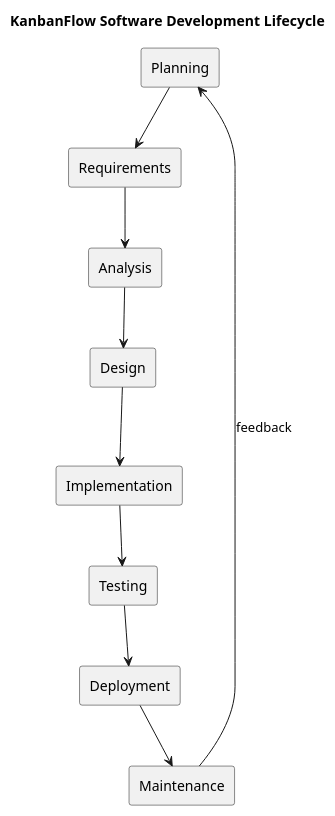
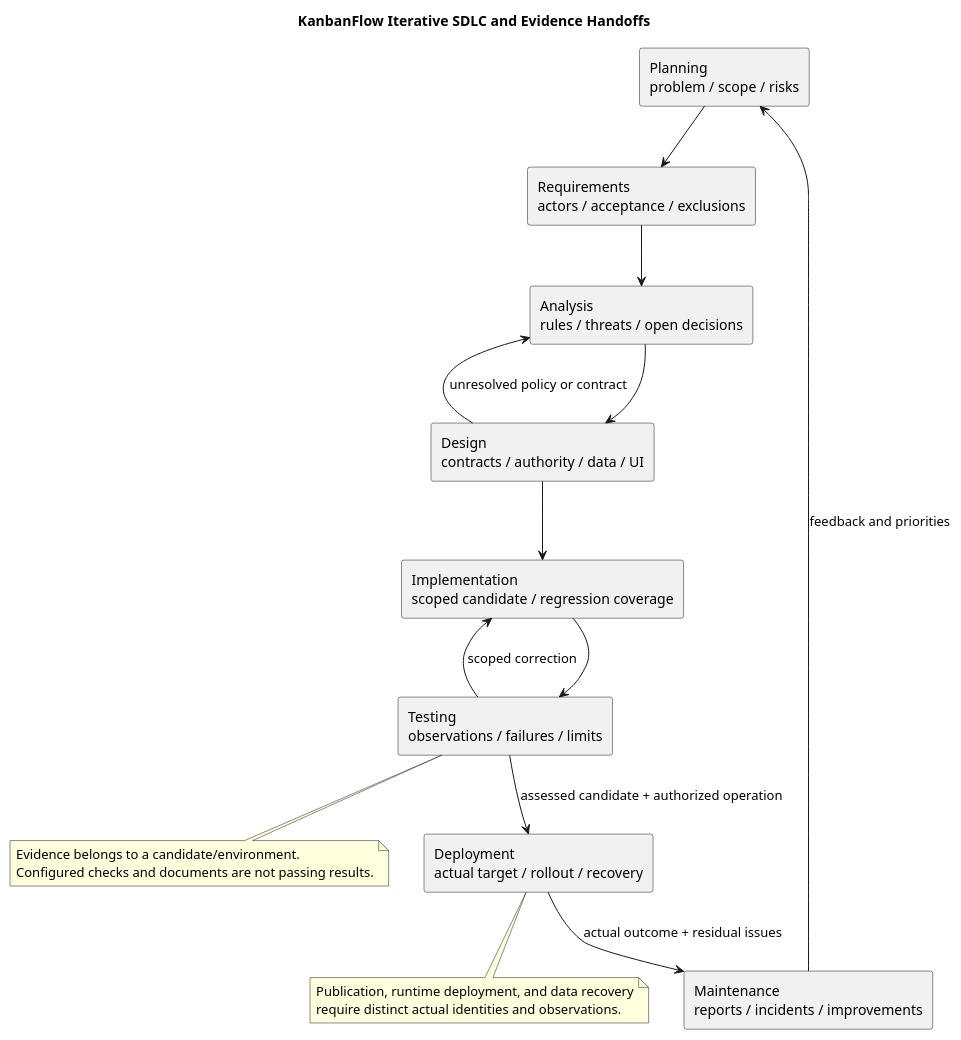
The diagram in docs/SDLC/README.md (Farhad-Valizadegan/Web-KanbanFlow), drawn with PlantUML before and after one commit. The commit also changed other lines of this file and 2 other files, not shown here.

Commit message:
docs: complete SDLC index and evidence handoffs

````diff
--- a/docs/SDLC/README.md
+++ b/docs/SDLC/README.md
@@ -28,21 +99,32 @@
 ```plantuml
 @startuml
-title KanbanFlow Software Development Lifecycle
-rectangle "Planning" as P0
-rectangle "Requirements" as P1
-rectangle "Analysis" as P2
-rectangle "Design" as P3
-rectangle "Implementation" as P4
-rectangle "Testing" as P5
-rectangle "Deployment" as P6
-rectangle "Maintenance" as P7
-P0 --> P1
-P1 --> P2
-P2 --> P3
-P3 --> P4
-P4 --> P5
-P5 --> P6
-P6 --> P7
-P7 --> P0 : feedback
+title KanbanFlow Iterative SDLC and Evidence Handoffs
+top to bottom direction
+rectangle "Planning\nproblem / scope / risks" as P
+rectangle "Requirements\nactors / acceptance / exclusions" as R
+rectangle "Analysis\nrules / threats / open decisions" as A
+rectangle "Design\ncontracts / authority / data / UI" as D
+rectangle "Implementation\nscoped candidate / regression coverage" as I
+rectangle "Testing\nobservations / failures / limits" as T
+rectangle "Deployment\nactual target / rollout / recovery" as DEP
+rectangle "Maintenance\nreports / incidents / improvements" as M
+P --> R
+R --> A
+A --> D
+D --> I
+I --> T
+T --> DEP : assessed candidate + authorized operation
+DEP --> M : actual outcome + residual issues
+M --> P : feedback and priorities
+T --> I : scoped correction
+D --> A : unresolved policy or contract
+note bottom of T
+Evidence belongs to a candidate/environment.
+Configured checks and documents are not passing results.
+end note
+note bottom of DEP
+Publication, runtime deployment, and data recovery
+require distinct actual identities and observations.
+end note
 @enduml
 ```
````
